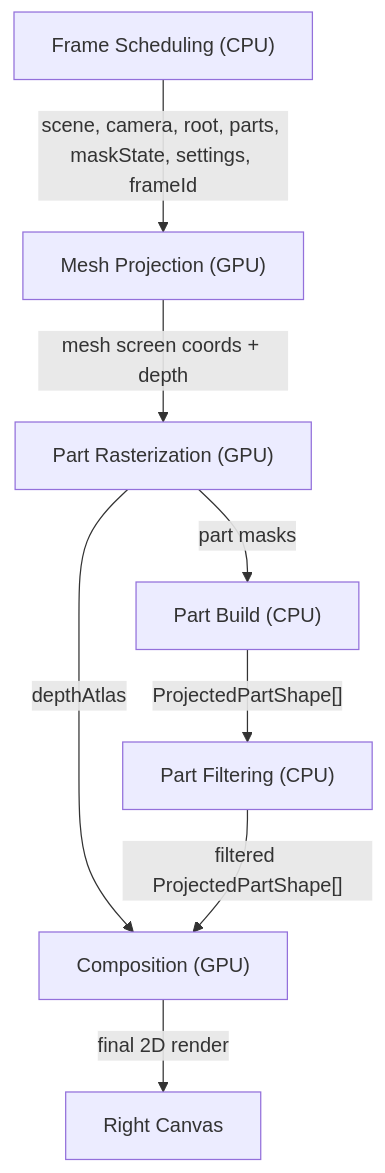
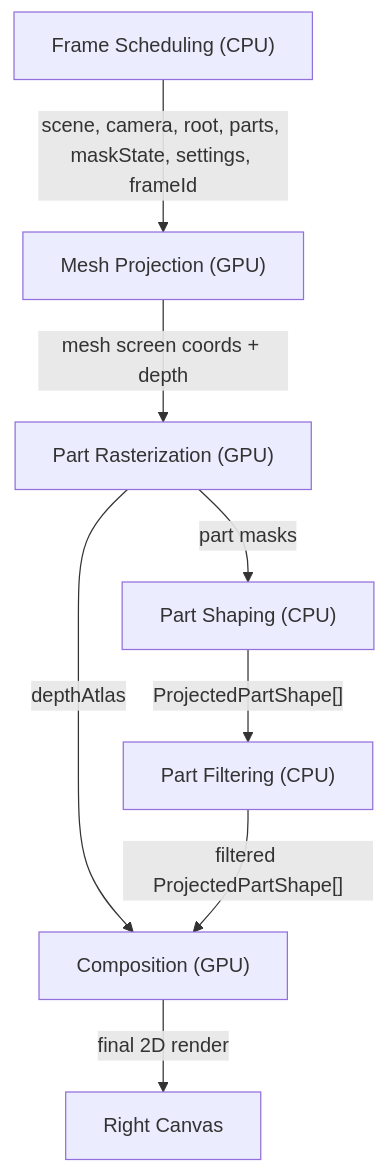
The diagram in README.md (ANGJustinl/3Dto2Dshape), drawn with Mermaid before and after one commit.

````diff
--- a/README.md
+++ b/README.md
@@ -3,18 +3,18 @@
 ```mermaid
 flowchart TD
     A["Frame Scheduling (CPU)"]
     B["Mesh Projection (GPU)"]
     C["Part Rasterization (GPU)"]
-    D["Part Build (CPU)"]
+    D["Part Shaping (CPU)"]
     E["Part Filtering (CPU)"]
     F["Composition (GPU)"]
     G["Right Canvas"]
 
     A -->|"scene, camera, root, parts, maskState, settings, frameId"| B
     B -->|"mesh screen coords + depth"| C
     C -->|"part masks"| D
     C -->|"depthAtlas"| F
     D -->|"ProjectedPartShape[]"| E
     E -->|"filtered ProjectedPartShape[]"| F
     F -->|"final 2D render"| G
 ```
````
